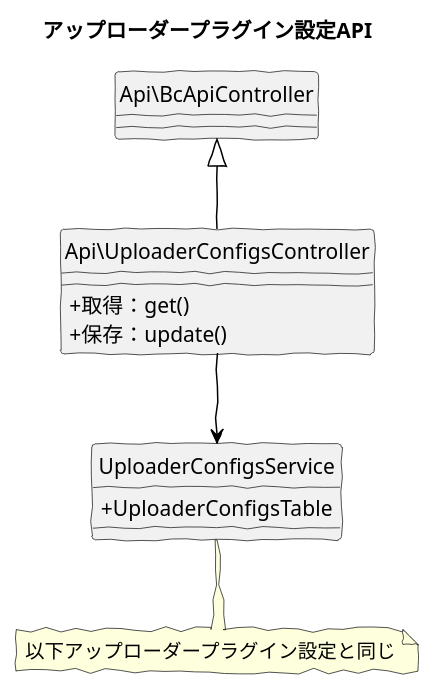
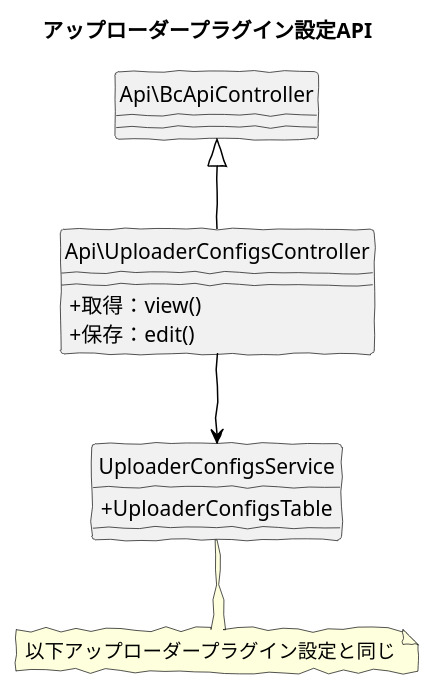
Before and after one commit to baserproject/baserproject.github.io: the diagram in src/puml/5/ucmitz/svg/class/bc-uploader/api_uploader_configs.puml, drawn with PlantUML. The commit also changed 1 other file, not shown here.

```diff
--- a/src/puml/5/ucmitz/svg/class/bc-uploader/api_uploader_configs.puml
+++ b/src/puml/5/ucmitz/svg/class/bc-uploader/api_uploader_configs.puml
@@ -1,28 +1,28 @@
 @startuml
 skinparam handwritten true
 skinparam backgroundColor white
 hide circle
 skinparam classAttributeIconSize 0
 
 title アップローダープラグイン設定API
 
 
 class Api\BcApiController {
 }
 
 class Api\UploaderConfigsController {
-  + 取得：get()
-  + 保存：update()
+  + 取得：view()
+  + 保存：edit()
 }
 
 class UploaderConfigsService {
   + UploaderConfigsTable
 }
 
 Api\UploaderConfigsController -up[#Black]-|> Api\BcApiController
 Api\UploaderConfigsController -down[#Black]-> UploaderConfigsService
 
 note "以下アップローダープラグイン設定と同じ" as note
 UploaderConfigsService .. note
 
 @enduml
```
